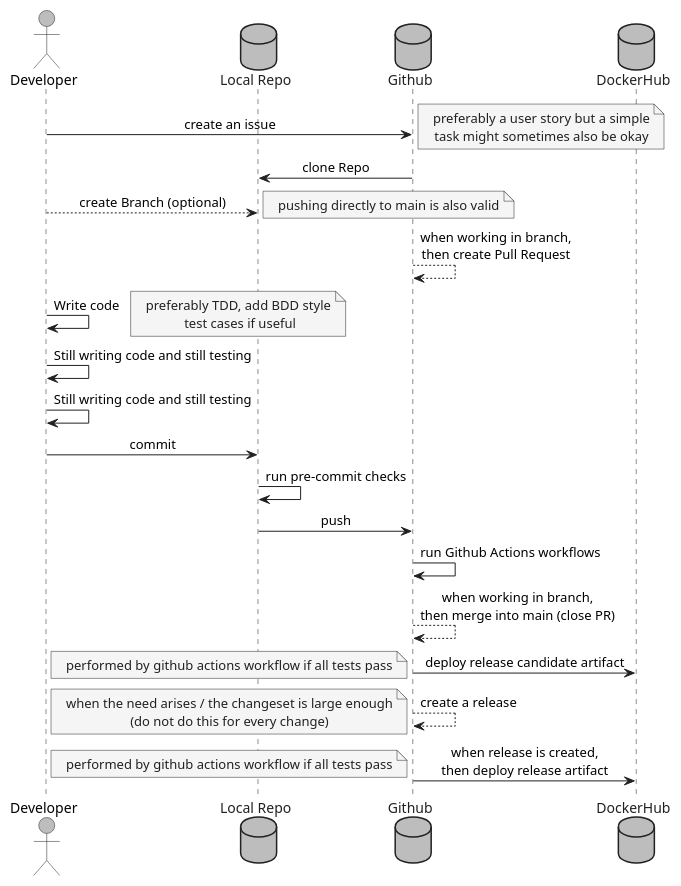
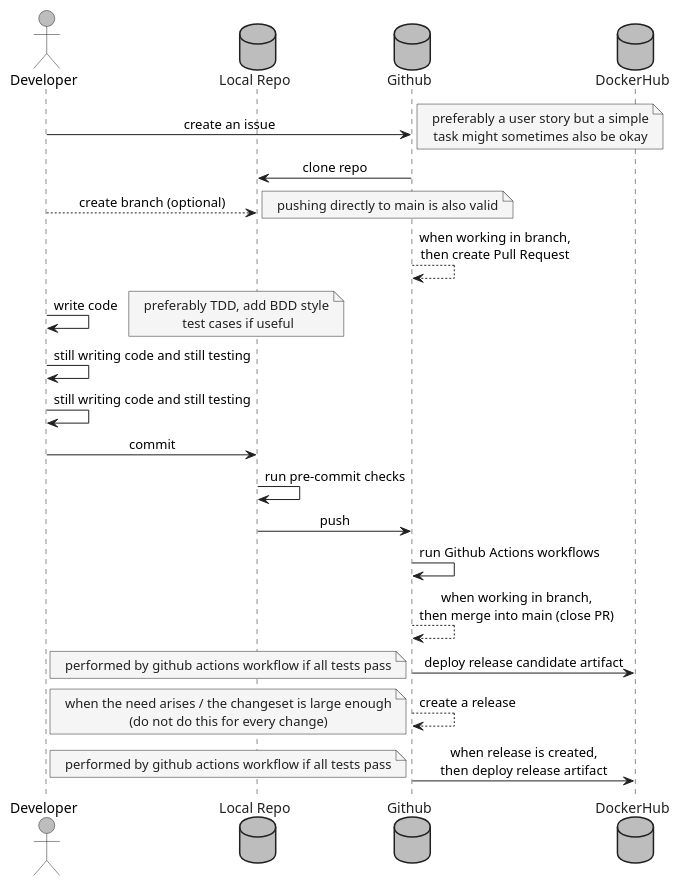
One commit to sommerfeld-io/website changed the diagram in docs/modules/ROOT/partials/development/sdlc.adoc. Above: the diagram before and after it, drawn with PlantUML.

Commit message:
SDLC diagram

```diff
--- a/docs/modules/ROOT/partials/development/sdlc.adoc
+++ b/docs/modules/ROOT/partials/development/sdlc.adoc
@@ -1,69 +1,69 @@
 [plantuml, puml-build-image, svg]
 ----
 @startuml
 
 skinparam linetype ortho
 skinparam monochrome false
 skinparam componentStyle uml2
 skinparam backgroundColor transparent
 skinparam ArrowColor #212121
 skinparam ActorBorderColor #212121
 skinparam ActorBackgroundColor #bdbdbd
 skinparam NoteBorderColor #212121
 skinparam NoteFontColor #212121
 skinparam NoteBackgroundColor #F5F5F5
 skinparam ComponentBorderColor #212121
 skinparam ComponentFontColor #212121
 skinparam DatabaseBorderColor #212121
 skinparam DatabaseBackgroundColor #bdbdbd
 skinparam DatabaseFontColor #212121
 skinparam FileBorderColor #212121
 skinparam FileFontColor #212121
 skinparam ControlBorderColor #212121
 skinparam ControlFontColor #212121
 skinparam RectangleBackgroundColor transparent
 skinparam RectangleBorderColor #212121
 skinparam RectangleFontColor #212121
 skinparam ControlBackgroundColor transparent
 skinparam ControlBorderColor #212121
 skinparam ControlFontColor #212121
 skinparam HexagonBackgroundColor transparent
 skinparam HexagonBorderColor #212121
 skinparam HexagonFontColor #212121
 skinparam ArtifactBorderColor #212121
 skinparam ArtifactFontColor #212121
 skinparam defaultTextAlignment center
 skinparam activity {
     'FontName Ubuntu
     FontName Roboto
 }
 
 actor Developer
 database Local_Repo as "Local Repo"
 database Github
 database DockerHub
 
 Developer -> Github: create an issue
 note right: preferably a user story but a simple\ntask might sometimes also be okay
-Local_Repo <- Github: clone Repo
-Developer --> Local_Repo: create Branch (optional)
+Local_Repo <- Github: clone repo
+Developer --> Local_Repo: create branch (optional)
 note right: pushing directly to main is also valid
 Github --> Github: when working in branch,\nthen create Pull Request
-Developer -> Developer: Write code
+Developer -> Developer: write code
 note right: preferably TDD, add BDD style\n test cases if useful
-Developer -> Developer: Still writing code and still testing
-Developer -> Developer: Still writing code and still testing
+Developer -> Developer: still writing code and still testing
+Developer -> Developer: still writing code and still testing
 Developer -> Local_Repo: commit
 Local_Repo -> Local_Repo: run pre-commit checks
 Local_Repo -> Github: push
 Github -> Github: run Github Actions workflows
 Github --> Github: when working in branch,\nthen merge into main (close PR)
 Github -> DockerHub: deploy release candidate artifact
 note left: performed by github actions workflow if all tests pass
 Github --> Github: create a release
 note left: when the need arises / the changeset is large enough\n(do not do this for every change)
 Github -> DockerHub: when release is created,\nthen deploy release artifact
 note left: performed by github actions workflow if all tests pass
 
 @enduml
 ----
```
